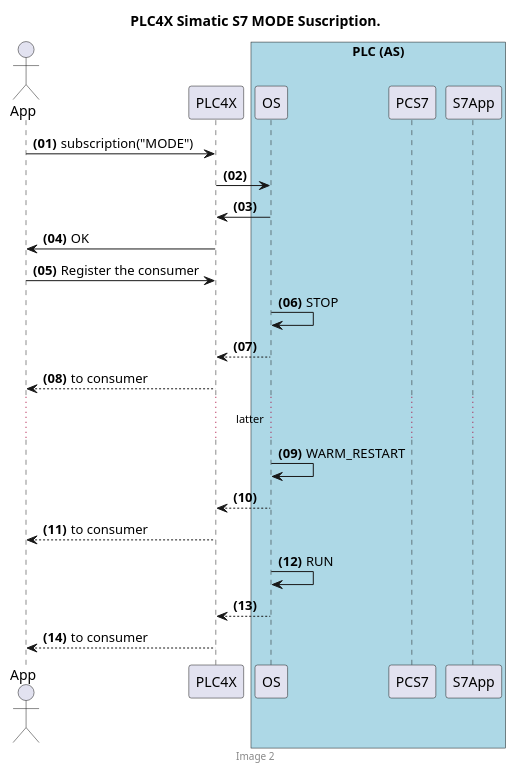
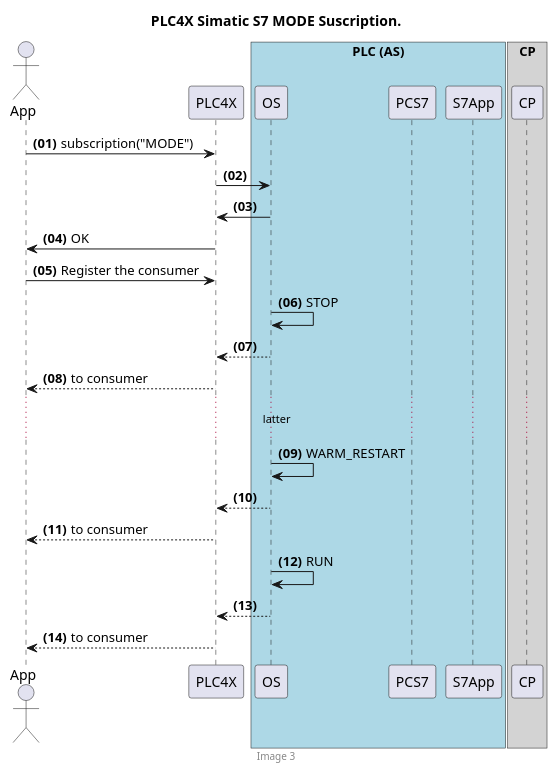
One commit to apache/plc4x changed the third of 8 diagrams in src/site/asciidoc/users/protocols/s7.adoc. Above: the diagram before and after it, drawn with PlantUML. The commit also changed other lines of this file and 47 other files, not shown here.

```diff
--- a/src/site/asciidoc/users/protocols/s7.adoc
+++ b/src/site/asciidoc/users/protocols/s7.adoc
@@ -583,30 +589,35 @@
-[plantuml, target=image02, format=png, align="center"]
+[plantuml, target="../../image03", format=png, align="center"]
 ....
 autonumber "<b>(00)"
 title PLC4X Simatic S7 <b>MODE</b> Suscription.
-footer Image 2
+footer Image 3
 
 actor App
 participant PLC4X
 box "PLC (AS)" #LightBlue
 participant OS
 participant PCS7
 participant S7App
 endbox
+
+box "CP" #LightGray
+participant CP
+endbox
+
 
 App -> PLC4X : subscription("MODE")
 PLC4X -> OS
 OS -> PLC4X
 PLC4X -> App : OK
 App -> PLC4X : Register the consumer
 OS -> OS : STOP
 OS --> PLC4X
 PLC4X --> App : to consumer
 ...latter...
 OS -> OS : WARM_RESTART
 OS --> PLC4X
 PLC4X --> App : to consumer
 OS -> OS : RUN 
 OS --> PLC4X
 PLC4X --> App : to consumer
 ....
```
